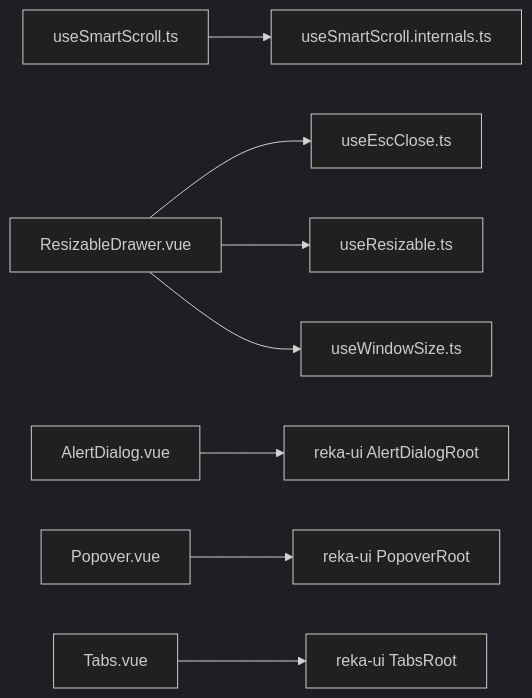
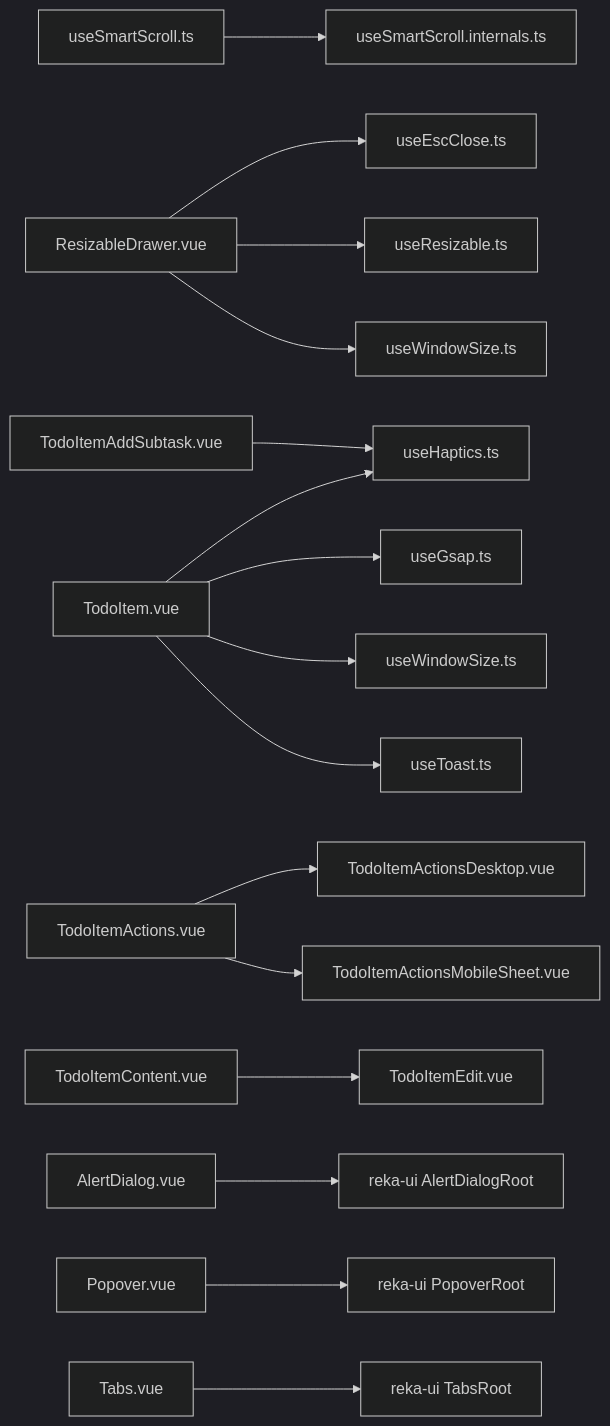
Before and after one commit to xixixiaoyu/Todo: the eighth of 8 diagrams in .qoder/repowiki/zh/content/前端架构/组件设计/组合式API/UI交互Hooks.md, drawn with Mermaid (dark theme). The commit also changed other lines of this file and 2 other files, not shown here.

````diff
--- a/.qoder/repowiki/zh/content/前端架构/组件设计/组合式API/UI交互Hooks.md
+++ b/.qoder/repowiki/zh/content/前端架构/组件设计/组合式API/UI交互Hooks.md
@@ -349,10 +477,18 @@
 ```mermaid
 graph LR
 U1["useSmartScroll.ts"] --> U2["useSmartScroll.internals.ts"]
 C1["ResizableDrawer.vue"] --> U3["useEscClose.ts"]
 C1 --> U4["useResizable.ts"]
 C1 --> U5["useWindowSize.ts"]
+T1["TodoItem.vue"] --> U6["useHaptics.ts"]
+T1 --> U7["useGsap.ts"]
+T1 --> U8["useWindowSize.ts"]
+T1 --> U9["useToast.ts"]
+T2["TodoItemActions.vue"] --> T3["TodoItemActionsDesktop.vue"]
+T2 --> T4["TodoItemActionsMobileSheet.vue"]
+T5["TodoItemContent.vue"] --> T6["TodoItemEdit.vue"]
+T7["TodoItemAddSubtask.vue"] --> U6
 UI1["AlertDialog.vue"] --> R1["reka-ui AlertDialogRoot"]
 UI2["Popover.vue"] --> R2["reka-ui PopoverRoot"]
 UI3["Tabs.vue"] --> R3["reka-ui TabsRoot"]
 ```
````
